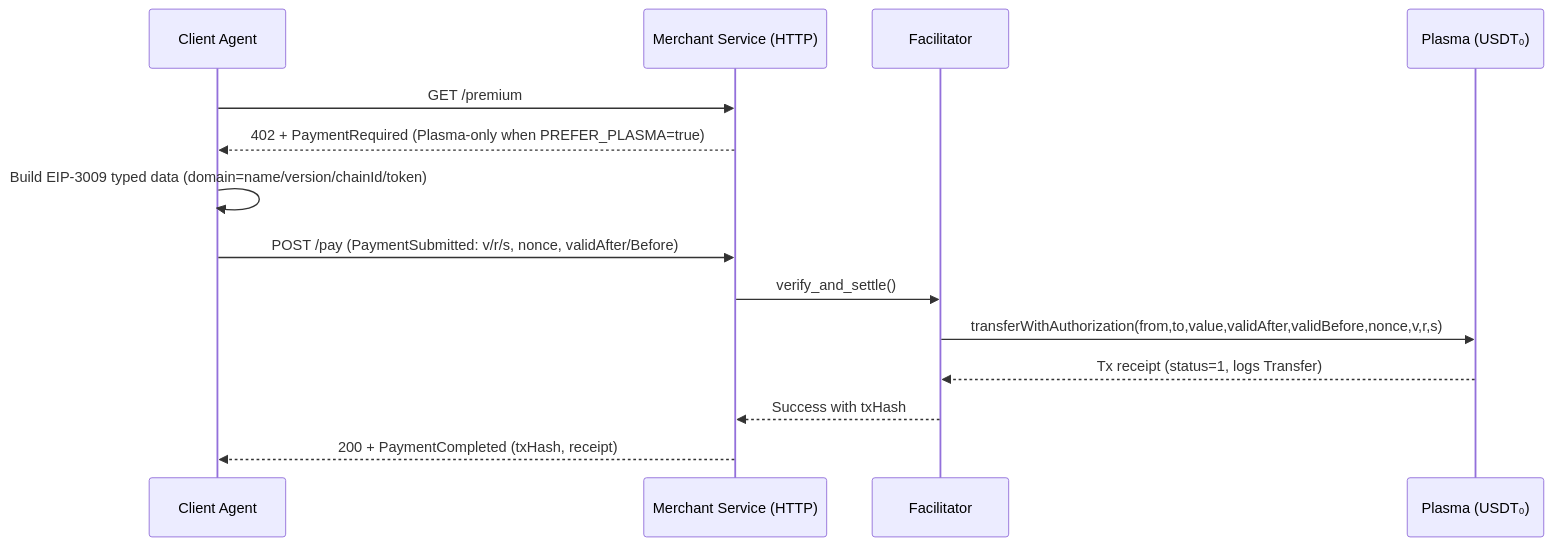
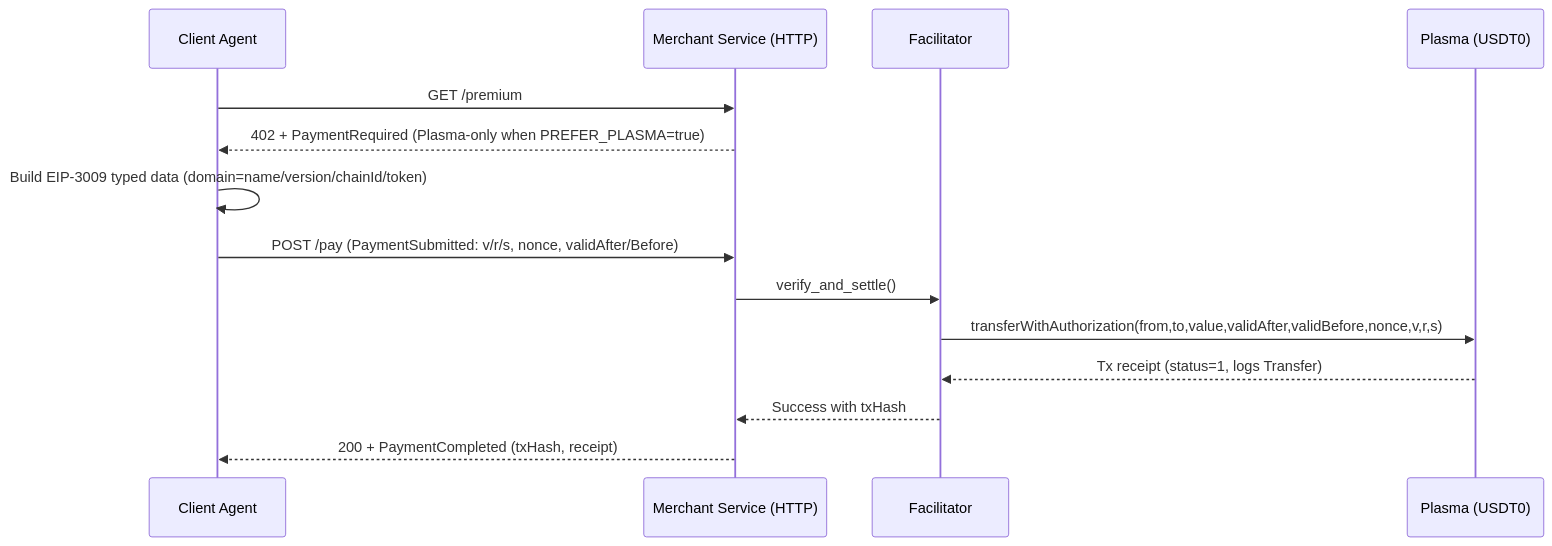
The first of 2 diagrams in README.md (xkonjin/xUSDT), drawn with Mermaid before and after one commit. The commit also changed other lines of this file, not shown here.

Commit message:
docs(readme): fix links; unify USDT0 naming; clarify wording

````diff
--- a/README.md
+++ b/README.md
@@ -60,17 +60,17 @@
 ```mermaid
 sequenceDiagram
     participant C as Client Agent
     participant M as Merchant Service (HTTP)
     participant F as Facilitator
-    participant P as Plasma (USDT₀)
+    participant P as Plasma (USDT0)
 
     C->>M: GET /premium
     M-->>C: 402 + PaymentRequired (Plasma-only when PREFER_PLASMA=true)
     C->>C: Build EIP-3009 typed data (domain=name/version/chainId/token)
     C->>M: POST /pay (PaymentSubmitted: v/r/s, nonce, validAfter/Before)
     M->>F: verify_and_settle()
     F->>P: transferWithAuthorization(from,to,value,validAfter,validBefore,nonce,v,r,s)
     P-->>F: Tx receipt (status=1, logs Transfer)
     F-->>M: Success with txHash
     M-->>C: 200 + PaymentCompleted (txHash, receipt)
 ```
````
